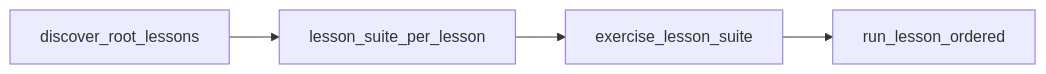
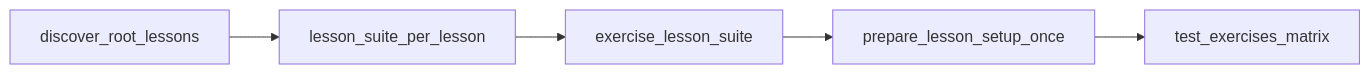
The diagram in docs/teacher-guide.md (morbargig/linux-practice), drawn with Mermaid before and after one commit. The commit also changed other lines of this file and 5 other files, not shown here.

First line of the commit message:
ci: snapshot lab once per lesson; restore in each exercise job

````diff
--- a/docs/teacher-guide.md
+++ b/docs/teacher-guide.md
@@ -86,10 +86,12 @@
 ```mermaid
 flowchart LR
   discoverRoot[discover_root_lessons]
   lessonWave[lesson_suite_per_lesson]
   reusableRun[exercise_lesson_suite]
-  lessonRunner[run_lesson_ordered]
+  prepareLab[prepare_lesson_setup_once]
+  exercisesInner[test_exercises_matrix]
   discoverRoot --> lessonWave
   lessonWave --> reusableRun
-  reusableRun --> lessonRunner
+  reusableRun --> prepareLab
+  prepareLab --> exercisesInner
 ```
````
